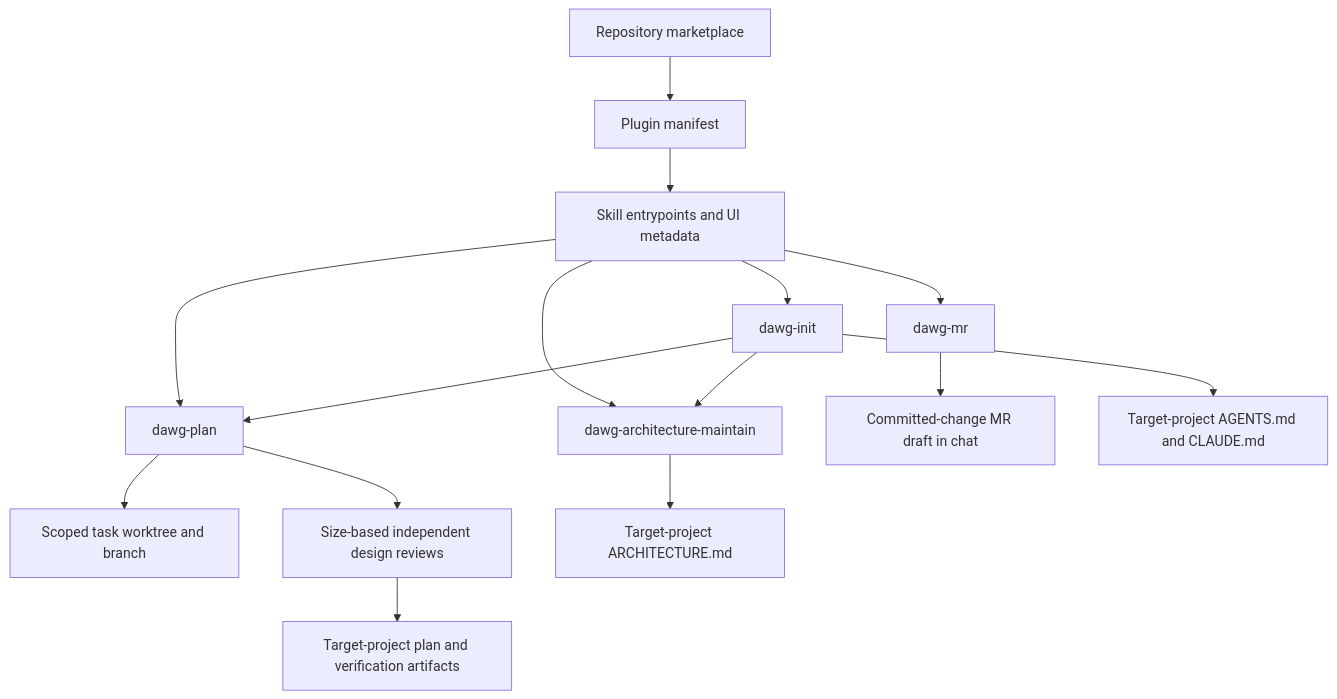
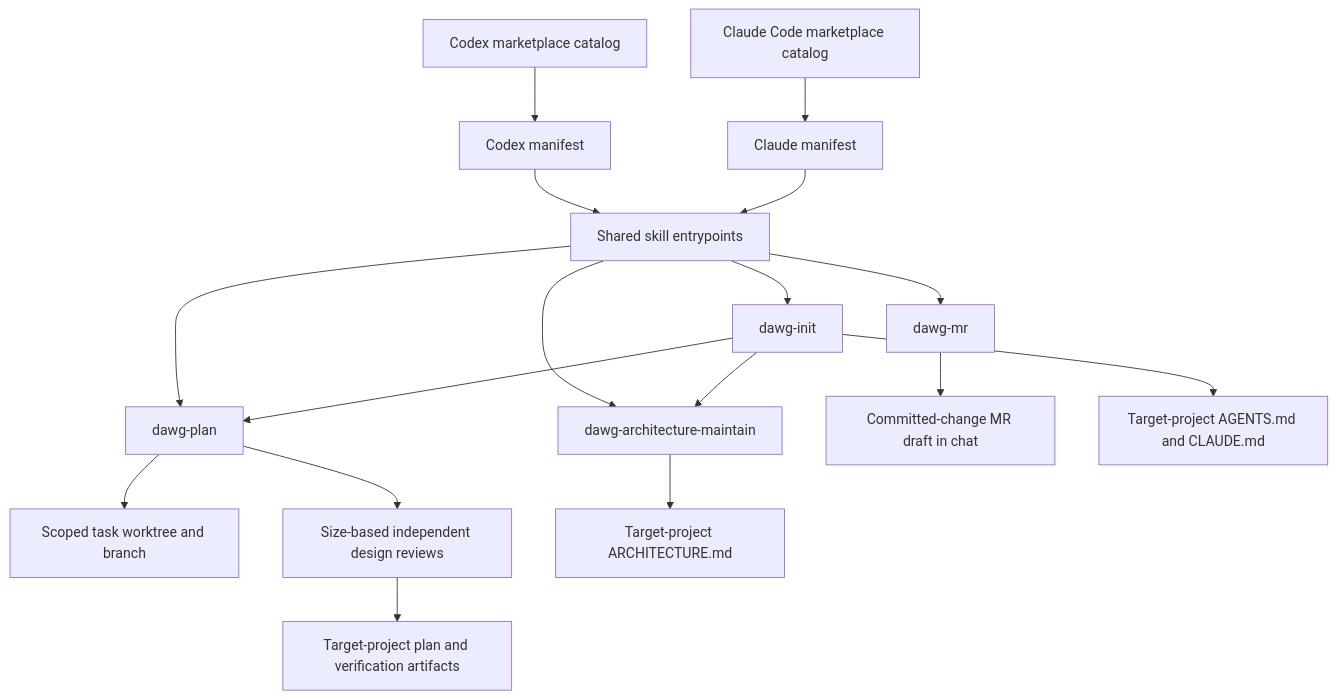
The diagram in ARCHITECTURE.md (pdawgy-sg/pdawgy-skills), drawn with Mermaid before and after one commit. The commit also changed other lines of this file and 5 other files, not shown here.

Commit message:
feat: add Claude Code marketplace support

````diff
--- a/ARCHITECTURE.md
+++ b/ARCHITECTURE.md
@@ -95,17 +102,19 @@
 ```mermaid
 flowchart TD
-    Marketplace[Repository marketplace] --> Manifest[Plugin manifest]
-    Manifest --> Skills[Skill entrypoints and UI metadata]
+    CodexCatalog[Codex marketplace catalog] --> CodexManifest[Codex manifest]
+    ClaudeCatalog[Claude Code marketplace catalog] --> ClaudeManifest[Claude manifest]
+    CodexManifest --> Skills[Shared skill entrypoints]
+    ClaudeManifest --> Skills
     Skills --> Init[dawg-init]
     Skills --> Plan[dawg-plan]
     Skills --> Maintain[dawg-architecture-maintain]
     Skills --> MR[dawg-mr]
     MR --> Message[Committed-change MR draft in chat]
     Init --> Plan
     Init --> Maintain
     Plan --> Worktree[Scoped task worktree and branch]
     Plan --> Reviews[Size-based independent design reviews]
     Reviews --> Artifacts[Target-project plan and verification artifacts]
     Init --> Guidance[Target-project AGENTS.md and CLAUDE.md]
     Maintain --> Architecture[Target-project ARCHITECTURE.md]
 ```
````
